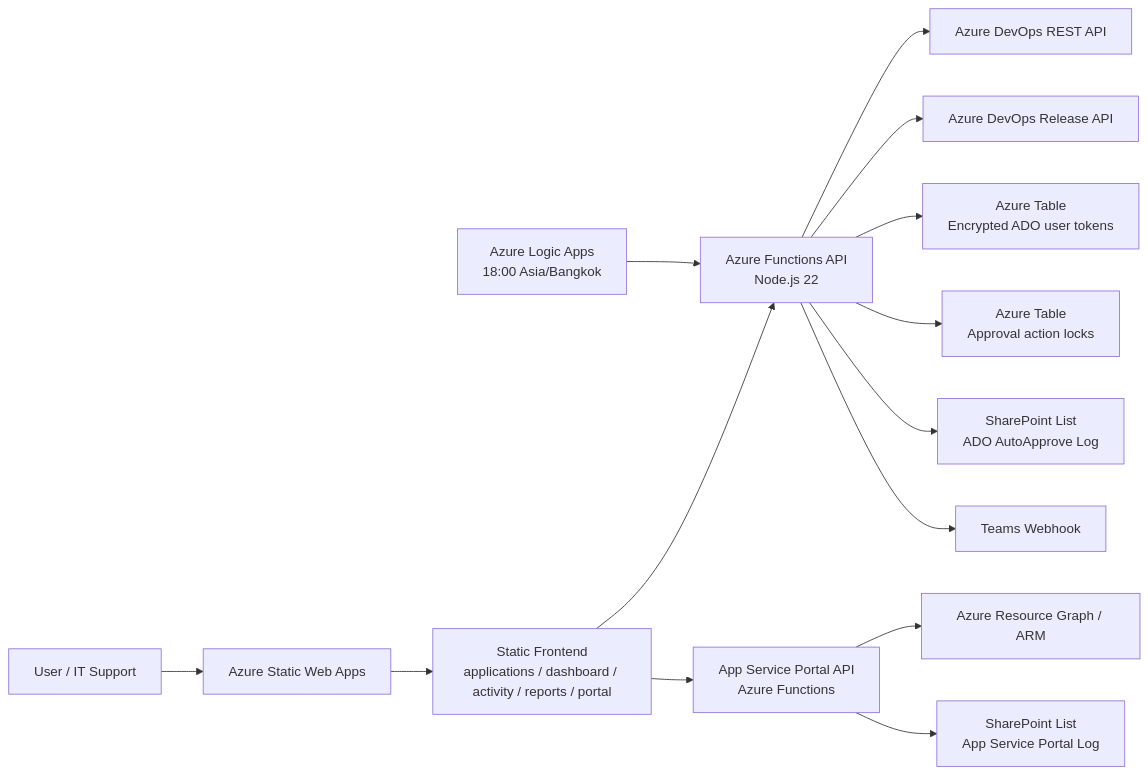
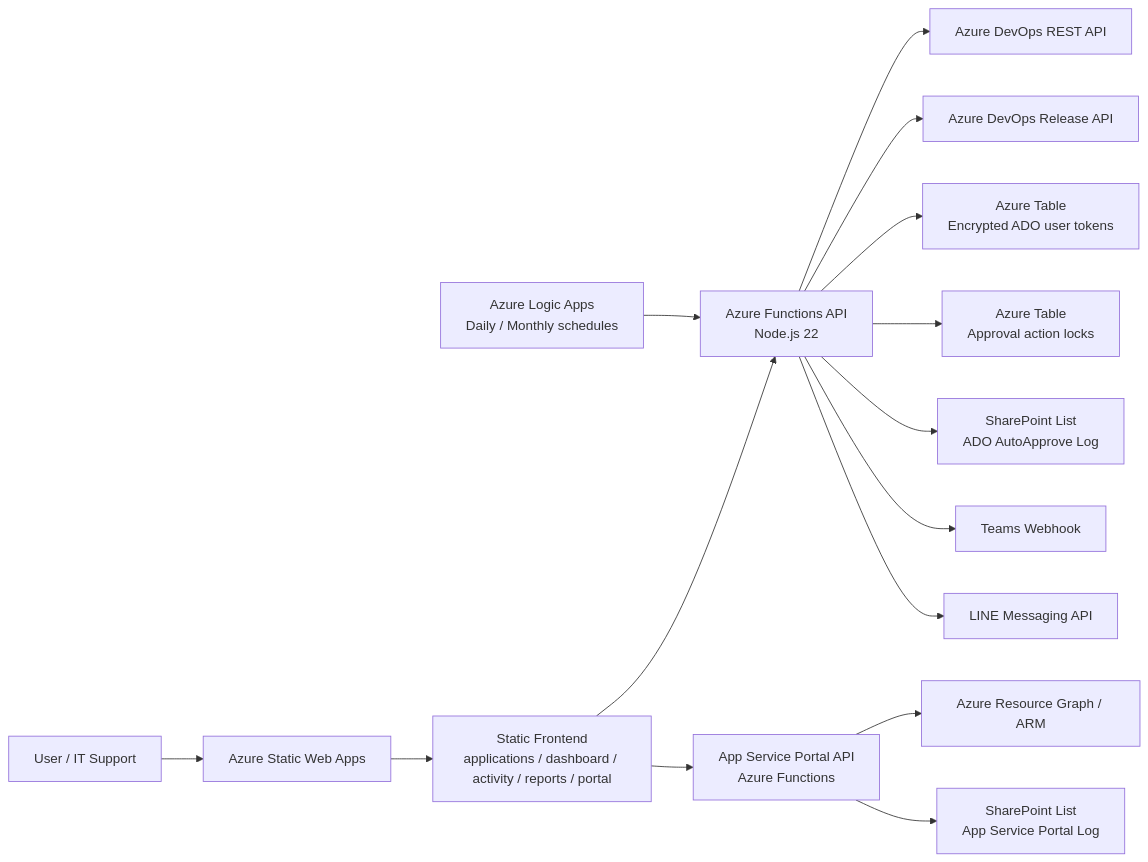
Before and after one commit to birdzee4-cmd/ado-auto-approve: the diagram in README.md, drawn with Mermaid. The commit also changed other lines of this file, not shown here.

````diff
--- a/README.md
+++ b/README.md
@@ -57,16 +59,17 @@
 ```mermaid
 flowchart LR
   User["User / IT Support"] --> SWA["Azure Static Web Apps"]
   SWA --> Frontend["Static Frontend<br/>applications / dashboard / activity / reports / portal"]
   Frontend --> API["Azure Functions API<br/>Node.js 22"]
   API --> ADO["Azure DevOps REST API"]
   API --> Release["Azure DevOps Release API"]
   API --> TokenStore["Azure Table<br/>Encrypted ADO user tokens"]
   API --> LockStore["Azure Table<br/>Approval action locks"]
   API --> SP["SharePoint List<br/>ADO AutoApprove Log"]
   API --> Teams["Teams Webhook"]
+  API --> LINE["LINE Messaging API"]
   Frontend --> PortalAPI["App Service Portal API<br/>Azure Functions"]
   PortalAPI --> ARM["Azure Resource Graph / ARM"]
   PortalAPI --> PortalLog["SharePoint List<br/>App Service Portal Log"]
-  Logic["Azure Logic Apps<br/>18:00 Asia/Bangkok"] --> API
+  Logic["Azure Logic Apps<br/>Daily / Monthly schedules"] --> API
 ```
````
